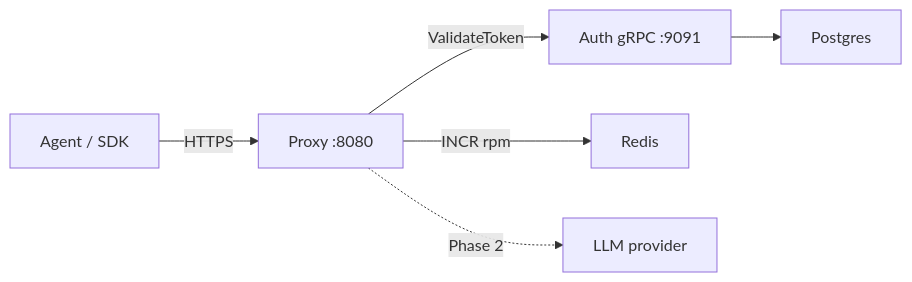
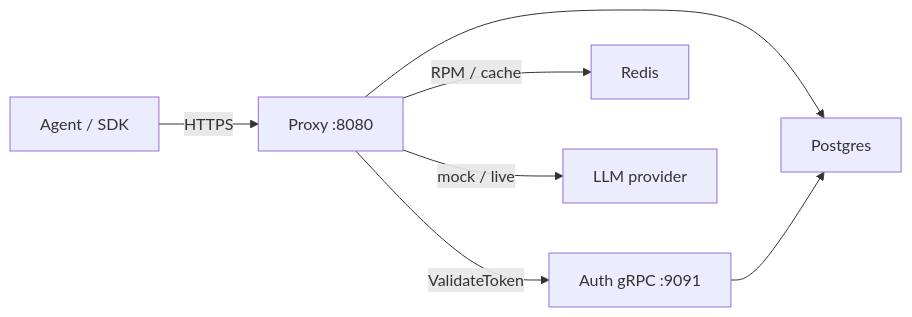
The diagram in web/content/docs/proxy/overview.mdx (Rick1330/ibex-harness), drawn with Mermaid before and after one commit. The commit also changed other lines of this file and 12 other files, not shown here.

````diff
--- a/web/content/docs/proxy/overview.mdx
+++ b/web/content/docs/proxy/overview.mdx
@@ -18,8 +22,9 @@
 ```mermaid
 flowchart LR
   Client["Agent / SDK"] -->|HTTPS| Proxy["Proxy :8080"]
   Proxy -->|ValidateToken| Auth["Auth gRPC :9091"]
-  Proxy -->|INCR rpm| Redis["Redis"]
-  Proxy -.->|Phase 2| Provider["LLM provider"]
-  Auth --> PG["Postgres"]
+  Proxy -->|RPM / cache| Redis["Redis"]
+  Proxy --> PG["Postgres"]
+  Proxy -->|mock / live| Provider["LLM provider"]
+  Auth --> PG
 ```
````
